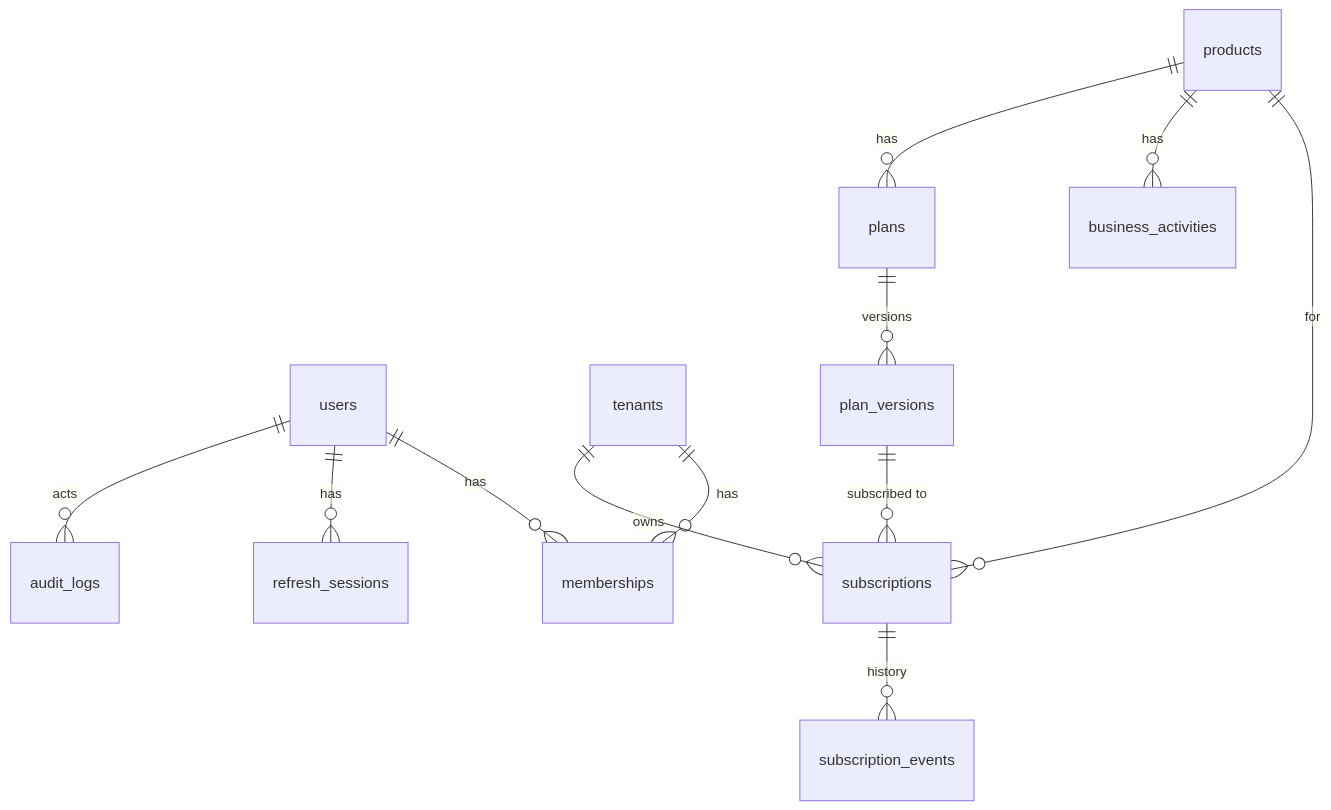
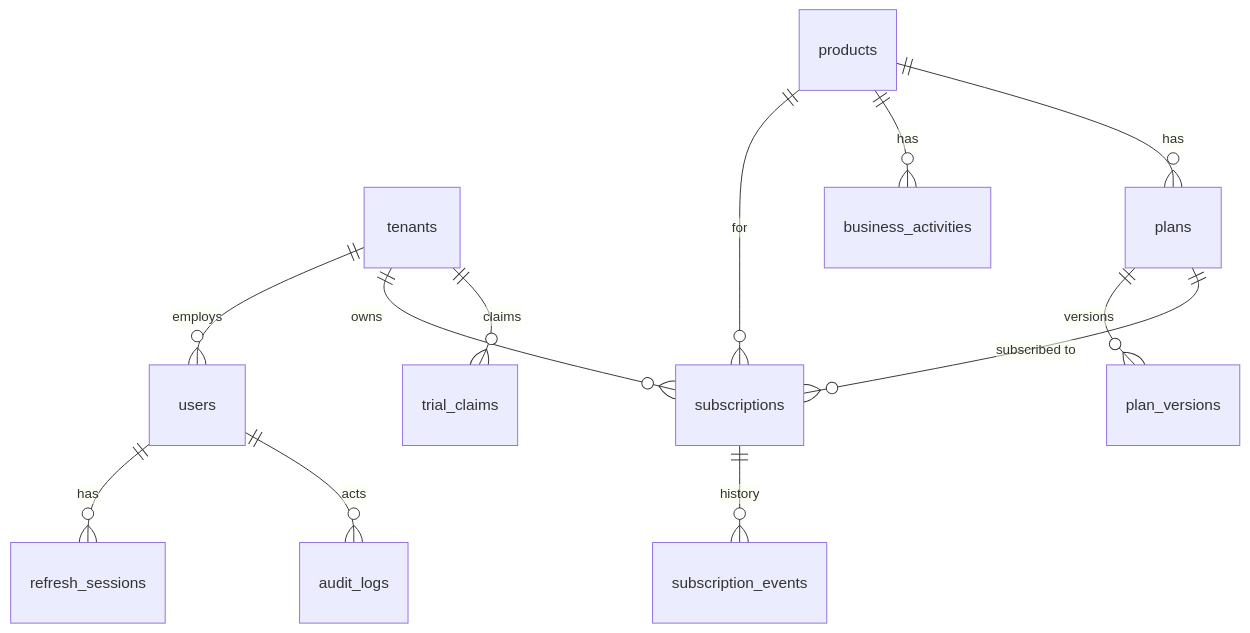
The diagram in docs/adr/0003-initial-database-schema-and-permissions.md (mustafa2080/axor), drawn with Mermaid before and after one commit. The commit also changed other lines of this file and 25 other files, not shown here.

Commit message:
feat(backend): initial schema (ADR-0003), UUIDv7, trial-abuse guard, UTC pool

````diff
--- a/docs/adr/0003-initial-database-schema-and-permissions.md
+++ b/docs/adr/0003-initial-database-schema-and-permissions.md
@@ -56,14 +66,14 @@
 ```mermaid
 erDiagram
-    users ||--o{ memberships : has
-    tenants ||--o{ memberships : has
+    tenants ||--o{ users : employs
     tenants ||--o{ subscriptions : owns
+    tenants ||--o{ trial_claims : claims
     products ||--o{ subscriptions : for
     products ||--o{ business_activities : has
     products ||--o{ plans : has
     plans ||--o{ plan_versions : versions
-    plan_versions ||--o{ subscriptions : "subscribed to"
+    plans ||--o{ subscriptions : "subscribed to"
     subscriptions ||--o{ subscription_events : history
     users ||--o{ refresh_sessions : has
     users ||--o{ audit_logs : acts
 ```
````
